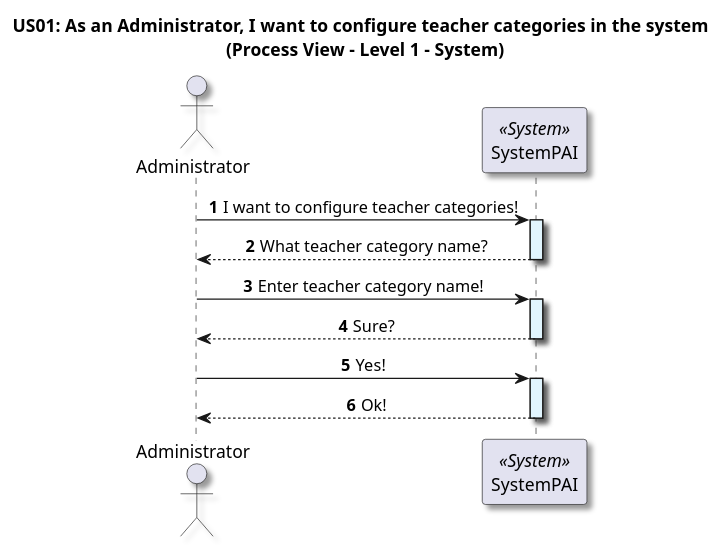
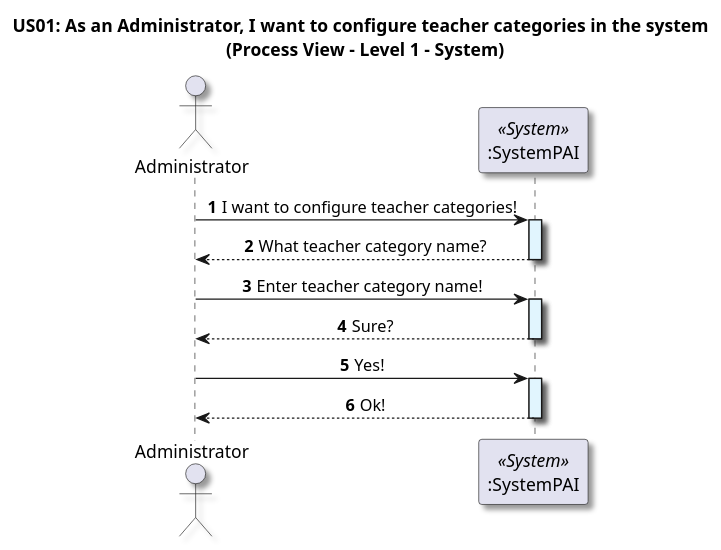
Before and after one commit to GasparISEP/DevOps-PAI: the diagram in docs/US01/Sprint6_RestAPI/ProcessView/Level1.puml, drawn with PlantUML. The commit also changed 2 other files, not shown here.

Commit message:
doc (scenario): refactor process view diagrams at level 1,2 and 3 with minor adjustments (#532, #541)

```diff
--- a/docs/US01/Sprint6_RestAPI/ProcessView/Level1.puml
+++ b/docs/US01/Sprint6_RestAPI/ProcessView/Level1.puml
@@ -1,30 +1,30 @@
 @startuml
 
 title US01: As an Administrator, I want to configure teacher categories in the system \n (Process View - Level 1 - System)
 
 skinparam defaultTextAlignment center
 skinparam shadowing true
 
 autonumber
 
 actor Administrator as admin
-participant "SystemPAI" as System <<System>>
+participant ":SystemPAI" as System <<System>>
 
 admin -> System: I want to configure teacher categories!
 activate System #E1F5FE
 
 System --> admin: What teacher category name?
 deactivate System
 
 admin -> System: Enter teacher category name!
 activate System #E1F5FE
 
 System --> admin: Sure?
 deactivate System
 
 admin -> System: Yes!
 activate System #E1F5FE
 
 System --> admin: Ok!
 deactivate System
 @enduml
```
